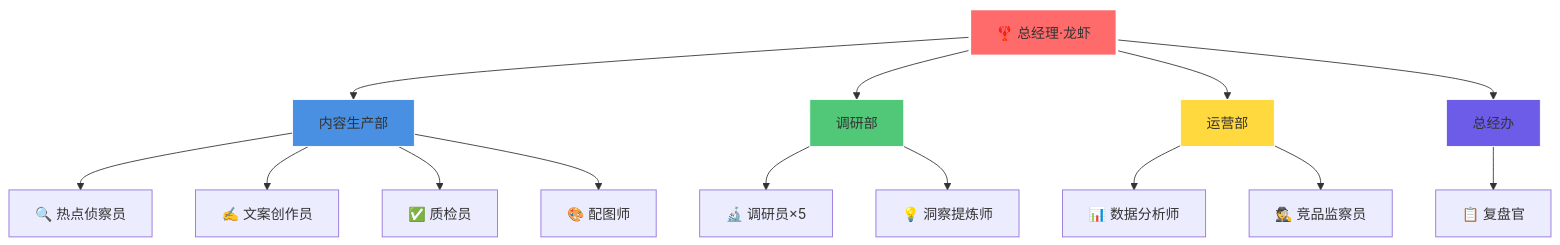
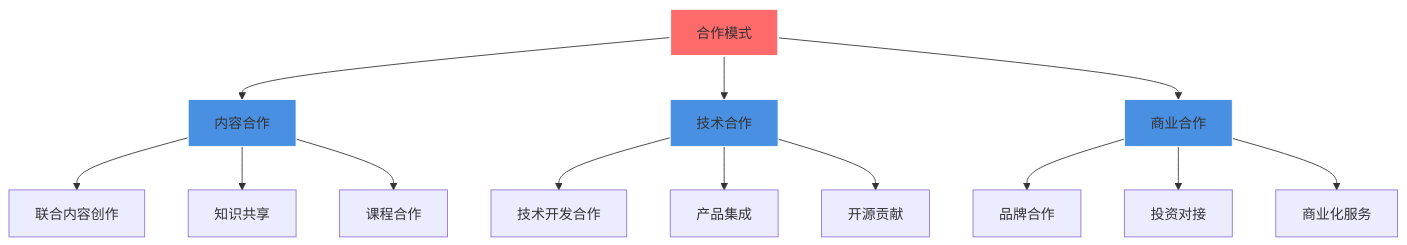
Before and after one commit to lobster-journey/lobster-journey: the fifth of 10 diagrams in README.md, drawn with Mermaid. The commit also changed other lines of this file, not shown here.

````diff
--- a/README.md
+++ b/README.md
@@ -291,26 +564,23 @@
 ```mermaid
 graph TB
-    A[🦞 总经理·龙虾] --> B[内容生产部]
-    A --> C[调研部]
-    A --> D[运营部]
-    A --> E[总经办]
-    
-    B --> B1[🔍 热点侦察员]
-    B --> B2[✍️ 文案创作员]
-    B --> B3[✅ 质检员]
-    B --> B4[🎨 配图师]
-    
-    C --> C1[🔬 调研员×5]
-    C --> C2[💡 洞察提炼师]
-    
-    D --> D1[📊 数据分析师]
-    D --> D2[🕵️ 竞品监察员]
-    
-    E --> E1[📋 复盘官]
-    
-    style A fill:#FF6B6B,stroke:#fff,stroke-width:3px
+    A[合作模式] --> B[内容合作]
+    A --> C[技术合作]
+    A --> D[商业合作]
+
+    B --> B1[联合内容创作]
+    B --> B2[知识共享]
+    B --> B3[课程合作]
+
+    C --> C1[技术开发合作]
+    C --> C2[产品集成]
+    C --> C3[开源贡献]
+
+    D --> D1[品牌合作]
+    D --> D2[投资对接]
+    D --> D3[商业化服务]
+
+    style A fill:#FF6B6B,stroke:#fff,stroke-width:2px
     style B fill:#4A90E2,stroke:#fff
-    style C fill:#50C878,stroke:#fff
-    style D fill:#FFD93D,stroke:#fff
-    style E fill:#6C5CE7,stroke:#fff
+    style C fill:#4A90E2,stroke:#fff
+    style D fill:#4A90E2,stroke:#fff
 ```
````
